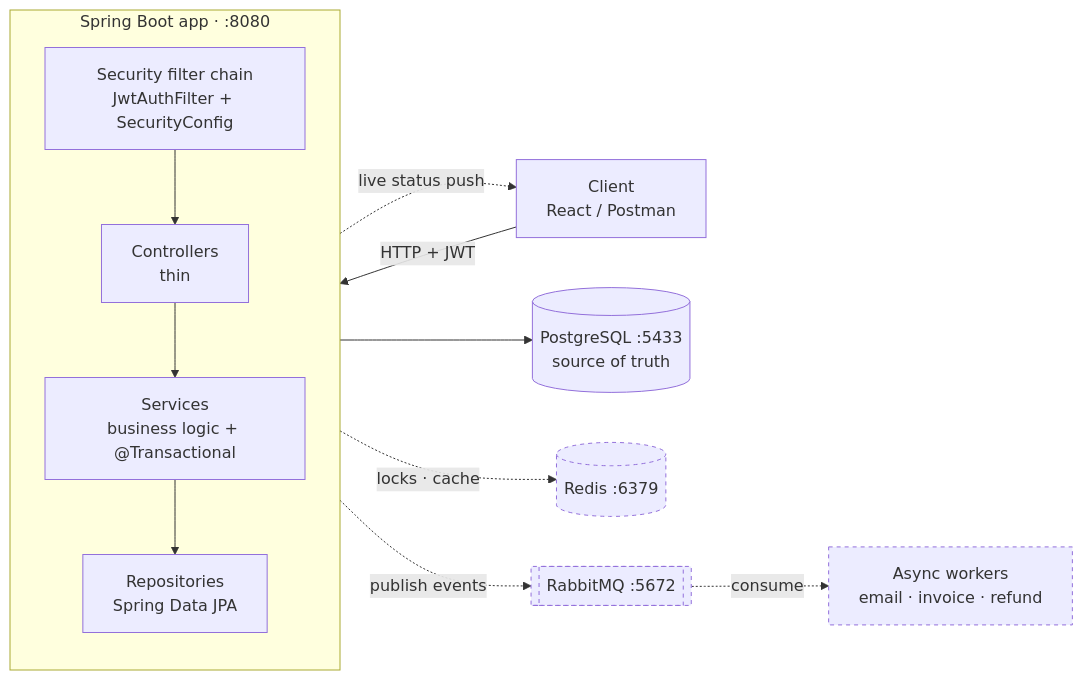
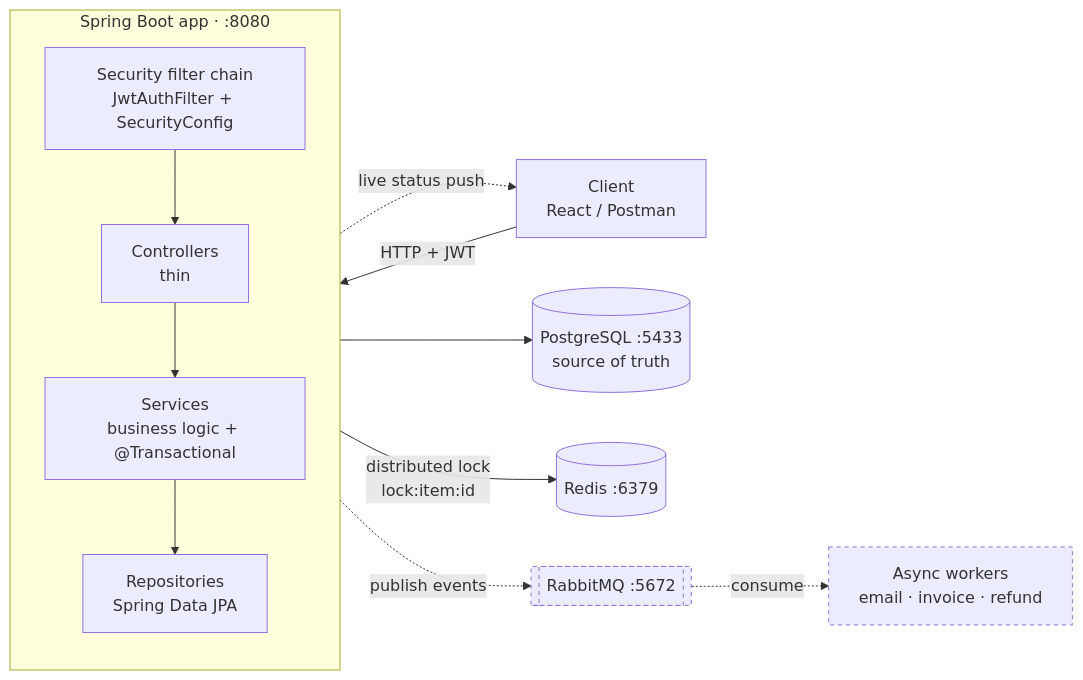
One commit to RajatRajSharma/rentFlowBackend changed the diagram in README.md. Above: the diagram before and after it, drawn with Mermaid. The commit also changed other lines of this file and 21 other files, not shown here.

````diff
--- a/README.md
+++ b/README.md
@@ -287,22 +322,22 @@
 ```mermaid
 flowchart LR
     CL["Client<br/>React / Postman"] -->|"HTTP + JWT"| API
 
     subgraph APP["Spring Boot app · :8080"]
         direction TB
         API["Security filter chain<br/>JwtAuthFilter + SecurityConfig"]
         CT["Controllers<br/>thin"]
         SV["Services<br/>business logic + @Transactional"]
         RP["Repositories<br/>Spring Data JPA"]
         API --> CT --> SV --> RP
     end
 
     RP --> PG[("PostgreSQL :5433<br/>source of truth")]
-    SV -.->|"locks · cache"| RD[("Redis :6379")]
+    SV -->|"distributed lock<br/>lock:item:id"| RD[("Redis :6379")]
     SV -.->|"publish events"| MQ[["RabbitMQ :5672"]]
     MQ -.->|"consume"| W["Async workers<br/>email · invoice · refund"]
     APP -.->|"live status push"| CL
 
     classDef soon stroke-dasharray: 4 4
-    class RD,MQ,W soon
+    class MQ,W soon
 ```
````
